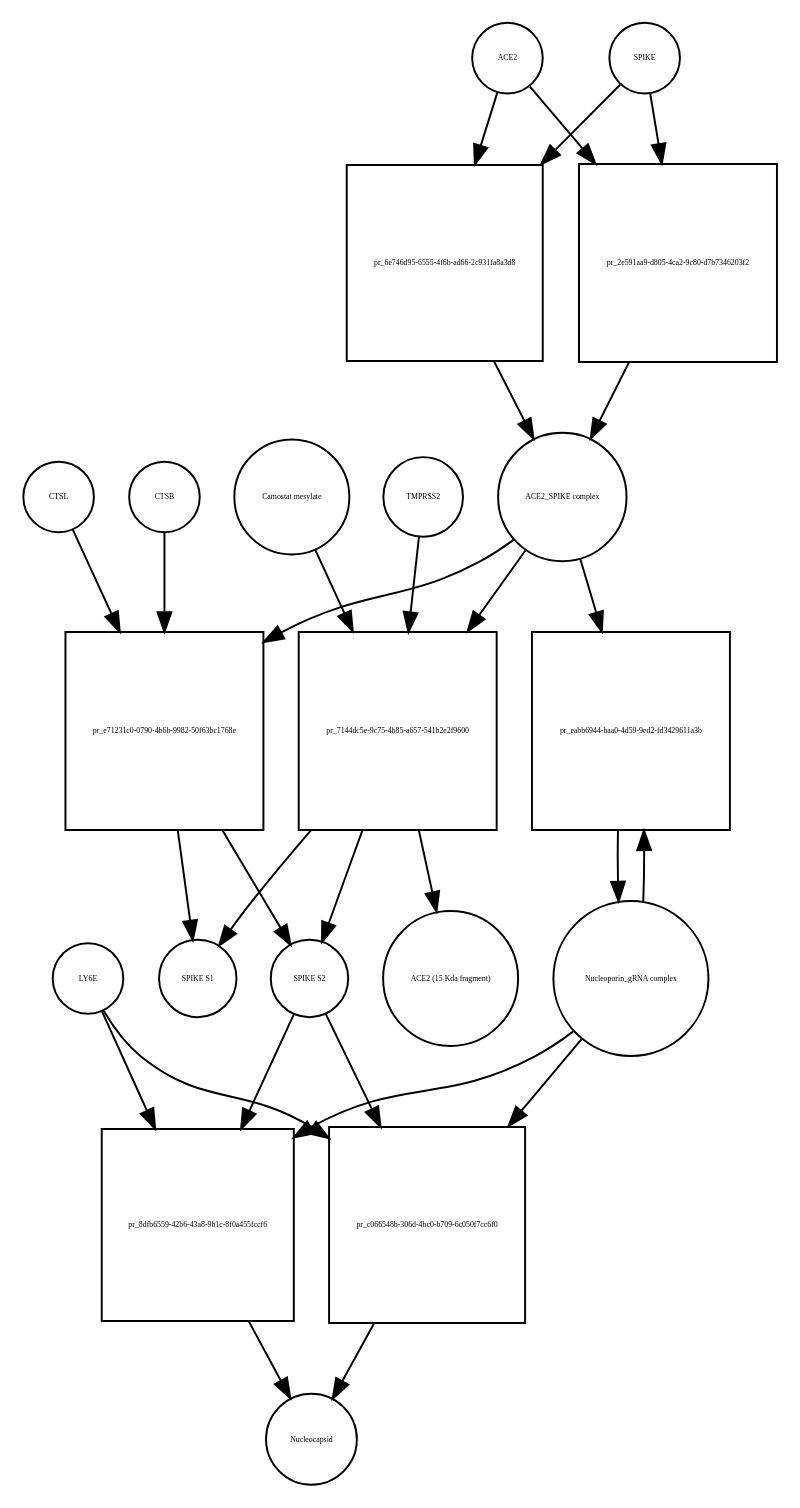
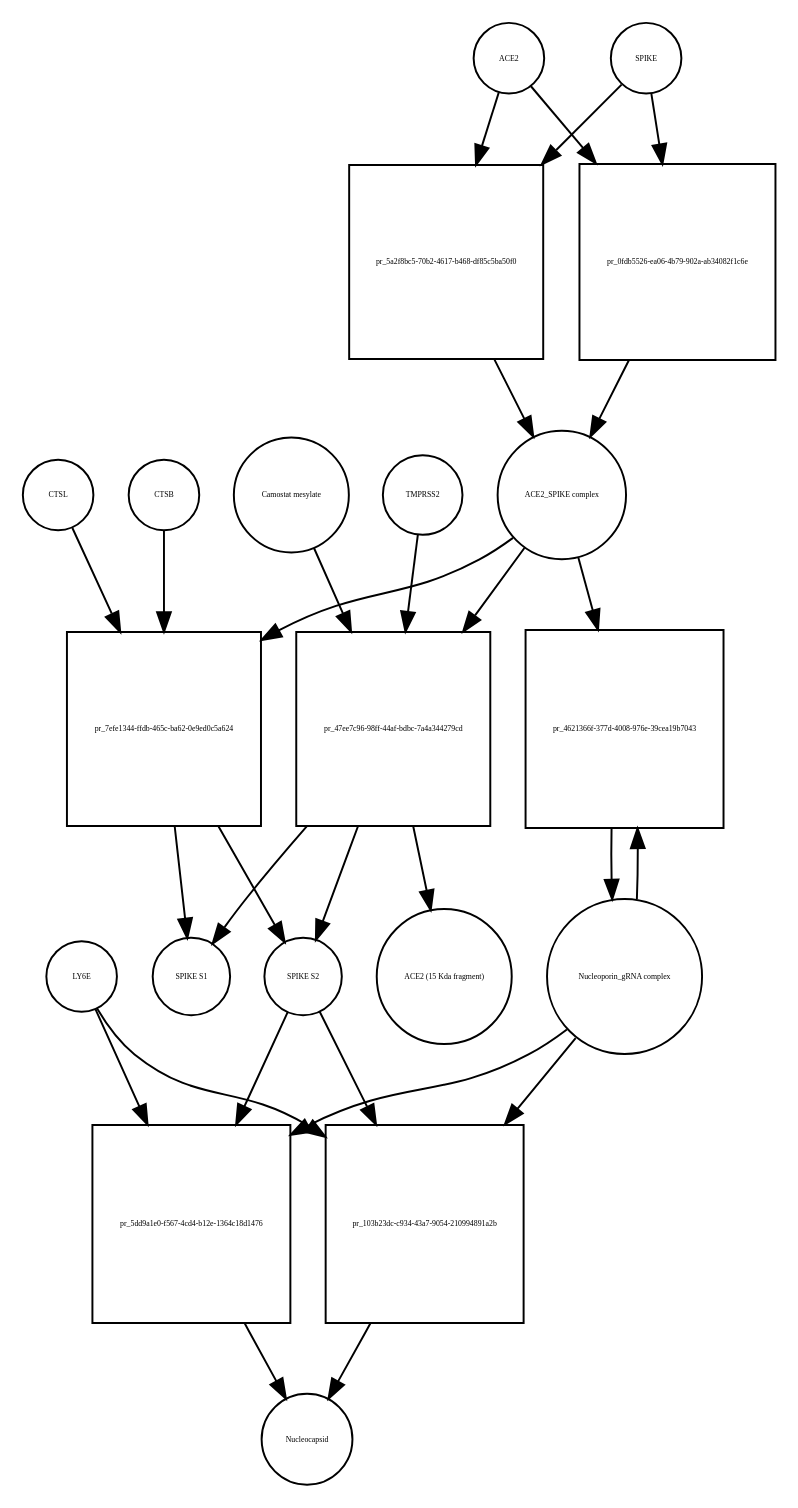
Before and after one commit to cannin/covid19-sbgn: the diagram in Virus_replication_cycle_V01.xml_bipartite.dot, drawn with Graphviz. The commit also changed 621 other files, not shown here.

```diff
--- a/Virus_replication_cycle_V01.xml_bipartite.dot
+++ b/Virus_replication_cycle_V01.xml_bipartite.dot
@@ -1,50 +1,50 @@
 strict digraph  {
 ACE2 [annotation="", bipartite=0, cls=macromolecule, fontsize=4, label=ACE2, shape=circle];
-"pr_6e746d95-6555-4f6b-ad66-2c931fa8a3d8" [annotation="", bipartite=1, cls=process, fontsize=4, label="pr_6e746d95-6555-4f6b-ad66-2c931fa8a3d8", shape=square];
+"pr_5a2f8bc5-70b2-4617-b468-df85c5ba50f0" [annotation="", bipartite=1, cls=process, fontsize=4, label="pr_5a2f8bc5-70b2-4617-b468-df85c5ba50f0", shape=square];
 "ACE2_SPIKE complex" [annotation="", bipartite=0, cls=complex, fontsize=4, label="ACE2_SPIKE complex", shape=circle];
 SPIKE [annotation="", bipartite=0, cls="macromolecule multimer", fontsize=4, label=SPIKE, shape=circle];
 "Nucleoporin_gRNA complex " [annotation="", bipartite=0, cls=complex, fontsize=4, label="Nucleoporin_gRNA complex ", shape=circle];
-"pr_eabb6944-baa0-4d59-9ed2-fd3429611a3b" [annotation="", bipartite=1, cls=process, fontsize=4, label="pr_eabb6944-baa0-4d59-9ed2-fd3429611a3b", shape=square];
-"pr_e71231c0-0790-4b6b-9982-50f63bc1768e" [annotation="", bipartite=1, cls=process, fontsize=4, label="pr_e71231c0-0790-4b6b-9982-50f63bc1768e", shape=square];
+"pr_4621366f-377d-4008-976e-39cea19b7043" [annotation="", bipartite=1, cls=process, fontsize=4, label="pr_4621366f-377d-4008-976e-39cea19b7043", shape=square];
+"pr_7efe1344-ffdb-465c-ba62-0e9ed0c5a624" [annotation="", bipartite=1, cls=process, fontsize=4, label="pr_7efe1344-ffdb-465c-ba62-0e9ed0c5a624", shape=square];
 "SPIKE S2" [annotation="", bipartite=0, cls=macromolecule, fontsize=4, label="SPIKE S2", shape=circle];
 CTSB [annotation="", bipartite=0, cls=macromolecule, fontsize=4, label=CTSB, shape=circle];
 CTSL [annotation="", bipartite=0, cls=macromolecule, fontsize=4, label=CTSL, shape=circle];
 "SPIKE S1" [annotation="", bipartite=0, cls=macromolecule, fontsize=4, label="SPIKE S1", shape=circle];
-"pr_8dfb6559-42b6-43a8-9b1c-8f0a455fccf6" [annotation="", bipartite=1, cls=process, fontsize=4, label="pr_8dfb6559-42b6-43a8-9b1c-8f0a455fccf6", shape=square];
+"pr_5dd9a1e0-f567-4cd4-b12e-1364c18d1476" [annotation="", bipartite=1, cls=process, fontsize=4, label="pr_5dd9a1e0-f567-4cd4-b12e-1364c18d1476", shape=square];
 Nucleocapsid [annotation="", bipartite=0, cls=complex, fontsize=4, label=Nucleocapsid, shape=circle];
 LY6E [annotation="", bipartite=0, cls=macromolecule, fontsize=4, label=LY6E, shape=circle];
-"pr_7144dc5e-9c75-4b85-a657-541b2e2f9600" [annotation="", bipartite=1, cls=process, fontsize=4, label="pr_7144dc5e-9c75-4b85-a657-541b2e2f9600", shape=square];
+"pr_47ee7c96-98ff-44af-bdbc-7a4a344279cd" [annotation="", bipartite=1, cls=process, fontsize=4, label="pr_47ee7c96-98ff-44af-bdbc-7a4a344279cd", shape=square];
 TMPRSS2 [annotation="", bipartite=0, cls=macromolecule, fontsize=4, label=TMPRSS2, shape=circle];
 "Camostat mesylate" [annotation="urn_miriam_pubchem.compound_2536", bipartite=0, cls="simple chemical", fontsize=4, label="Camostat mesylate", shape=circle];
 "ACE2 (15 Kda fragment)" [annotation="", bipartite=0, cls=macromolecule, fontsize=4, label="ACE2 (15 Kda fragment)", shape=circle];
-"pr_2e591aa9-d805-4ca2-9c80-d7b7346203f2" [annotation="", bipartite=1, cls=process, fontsize=4, label="pr_2e591aa9-d805-4ca2-9c80-d7b7346203f2", shape=square];
-"pr_c066548b-306d-4bc0-b709-6c050f7cc6f0" [annotation="", bipartite=1, cls=process, fontsize=4, label="pr_c066548b-306d-4bc0-b709-6c050f7cc6f0", shape=square];
-ACE2 -> "pr_6e746d95-6555-4f6b-ad66-2c931fa8a3d8"  [annotation="", interaction_type=consumption];
-ACE2 -> "pr_2e591aa9-d805-4ca2-9c80-d7b7346203f2"  [annotation="", interaction_type=consumption];
-"pr_6e746d95-6555-4f6b-ad66-2c931fa8a3d8" -> "ACE2_SPIKE complex"  [annotation="", interaction_type=production];
-"ACE2_SPIKE complex" -> "pr_eabb6944-baa0-4d59-9ed2-fd3429611a3b"  [annotation="urn_miriam_pubmed_32142651|urn_miriam_pubmed_32094589", interaction_type=stimulation];
-"ACE2_SPIKE complex" -> "pr_e71231c0-0790-4b6b-9982-50f63bc1768e"  [annotation="", interaction_type=consumption];
-"ACE2_SPIKE complex" -> "pr_7144dc5e-9c75-4b85-a657-541b2e2f9600"  [annotation="", interaction_type=consumption];
-SPIKE -> "pr_6e746d95-6555-4f6b-ad66-2c931fa8a3d8"  [annotation="", interaction_type=consumption];
-SPIKE -> "pr_2e591aa9-d805-4ca2-9c80-d7b7346203f2"  [annotation="", interaction_type=consumption];
-"Nucleoporin_gRNA complex " -> "pr_eabb6944-baa0-4d59-9ed2-fd3429611a3b"  [annotation="", interaction_type=consumption];
-"Nucleoporin_gRNA complex " -> "pr_8dfb6559-42b6-43a8-9b1c-8f0a455fccf6"  [annotation="", interaction_type=consumption];
-"Nucleoporin_gRNA complex " -> "pr_c066548b-306d-4bc0-b709-6c050f7cc6f0"  [annotation="", interaction_type=consumption];
-"pr_eabb6944-baa0-4d59-9ed2-fd3429611a3b" -> "Nucleoporin_gRNA complex "  [annotation="", interaction_type=production];
-"pr_e71231c0-0790-4b6b-9982-50f63bc1768e" -> "SPIKE S2"  [annotation="", interaction_type=production];
-"pr_e71231c0-0790-4b6b-9982-50f63bc1768e" -> "SPIKE S1"  [annotation="", interaction_type=production];
-"SPIKE S2" -> "pr_8dfb6559-42b6-43a8-9b1c-8f0a455fccf6"  [annotation="urn_miriam_doi_10.1101%2F2020.03.05.979260|urn_miriam_pubmed_32142651|urn_miriam_pubmed_32094589", interaction_type=stimulation];
-"SPIKE S2" -> "pr_c066548b-306d-4bc0-b709-6c050f7cc6f0"  [annotation="urn_miriam_doi_10.1101%2F2020.03.05.979260", interaction_type=stimulation];
-CTSB -> "pr_e71231c0-0790-4b6b-9982-50f63bc1768e"  [annotation=urn_miriam_pubmed_32142651, interaction_type=catalysis];
-CTSL -> "pr_e71231c0-0790-4b6b-9982-50f63bc1768e"  [annotation=urn_miriam_pubmed_32142651, interaction_type=catalysis];
-"pr_8dfb6559-42b6-43a8-9b1c-8f0a455fccf6" -> Nucleocapsid  [annotation="", interaction_type=production];
-LY6E -> "pr_8dfb6559-42b6-43a8-9b1c-8f0a455fccf6"  [annotation="urn_miriam_doi_10.1101%2F2020.03.05.979260|urn_miriam_pubmed_32142651|urn_miriam_pubmed_32094589", interaction_type=inhibition];
-LY6E -> "pr_c066548b-306d-4bc0-b709-6c050f7cc6f0"  [annotation="urn_miriam_doi_10.1101%2F2020.03.05.979260", interaction_type=inhibition];
-"pr_7144dc5e-9c75-4b85-a657-541b2e2f9600" -> "SPIKE S2"  [annotation="", interaction_type=production];
-"pr_7144dc5e-9c75-4b85-a657-541b2e2f9600" -> "SPIKE S1"  [annotation="", interaction_type=production];
-"pr_7144dc5e-9c75-4b85-a657-541b2e2f9600" -> "ACE2 (15 Kda fragment)"  [annotation="", interaction_type=production];
-TMPRSS2 -> "pr_7144dc5e-9c75-4b85-a657-541b2e2f9600"  [annotation="urn_miriam_pubmed_32142651|urn_miriam_pubmed_32094589|urn_miriam_pubmed_24227843", interaction_type=catalysis];
-"Camostat mesylate" -> "pr_7144dc5e-9c75-4b85-a657-541b2e2f9600"  [annotation="urn_miriam_pubmed_32142651|urn_miriam_pubmed_32094589|urn_miriam_pubmed_24227843", interaction_type=inhibition];
-"pr_2e591aa9-d805-4ca2-9c80-d7b7346203f2" -> "ACE2_SPIKE complex"  [annotation="", interaction_type=production];
-"pr_c066548b-306d-4bc0-b709-6c050f7cc6f0" -> Nucleocapsid  [annotation="", interaction_type=production];
+"pr_0fdb5526-ea06-4b79-902a-ab34082f1c6e" [annotation="", bipartite=1, cls=process, fontsize=4, label="pr_0fdb5526-ea06-4b79-902a-ab34082f1c6e", shape=square];
+"pr_103b23dc-c934-43a7-9054-210994891a2b" [annotation="", bipartite=1, cls=process, fontsize=4, label="pr_103b23dc-c934-43a7-9054-210994891a2b", shape=square];
+ACE2 -> "pr_5a2f8bc5-70b2-4617-b468-df85c5ba50f0"  [annotation="", interaction_type=consumption];
+ACE2 -> "pr_0fdb5526-ea06-4b79-902a-ab34082f1c6e"  [annotation="", interaction_type=consumption];
+"pr_5a2f8bc5-70b2-4617-b468-df85c5ba50f0" -> "ACE2_SPIKE complex"  [annotation="", interaction_type=production];
+"ACE2_SPIKE complex" -> "pr_4621366f-377d-4008-976e-39cea19b7043"  [annotation="urn_miriam_pubmed_32142651|urn_miriam_pubmed_32094589", interaction_type=stimulation];
+"ACE2_SPIKE complex" -> "pr_7efe1344-ffdb-465c-ba62-0e9ed0c5a624"  [annotation="", interaction_type=consumption];
+"ACE2_SPIKE complex" -> "pr_47ee7c96-98ff-44af-bdbc-7a4a344279cd"  [annotation="", interaction_type=consumption];
+SPIKE -> "pr_5a2f8bc5-70b2-4617-b468-df85c5ba50f0"  [annotation="", interaction_type=consumption];
+SPIKE -> "pr_0fdb5526-ea06-4b79-902a-ab34082f1c6e"  [annotation="", interaction_type=consumption];
+"Nucleoporin_gRNA complex " -> "pr_4621366f-377d-4008-976e-39cea19b7043"  [annotation="", interaction_type=consumption];
+"Nucleoporin_gRNA complex " -> "pr_5dd9a1e0-f567-4cd4-b12e-1364c18d1476"  [annotation="", interaction_type=consumption];
+"Nucleoporin_gRNA complex " -> "pr_103b23dc-c934-43a7-9054-210994891a2b"  [annotation="", interaction_type=consumption];
+"pr_4621366f-377d-4008-976e-39cea19b7043" -> "Nucleoporin_gRNA complex "  [annotation="", interaction_type=production];
+"pr_7efe1344-ffdb-465c-ba62-0e9ed0c5a624" -> "SPIKE S2"  [annotation="", interaction_type=production];
+"pr_7efe1344-ffdb-465c-ba62-0e9ed0c5a624" -> "SPIKE S1"  [annotation="", interaction_type=production];
+"SPIKE S2" -> "pr_5dd9a1e0-f567-4cd4-b12e-1364c18d1476"  [annotation="urn_miriam_doi_10.1101%2F2020.03.05.979260|urn_miriam_pubmed_32142651|urn_miriam_pubmed_32094589", interaction_type=stimulation];
+"SPIKE S2" -> "pr_103b23dc-c934-43a7-9054-210994891a2b"  [annotation="urn_miriam_doi_10.1101%2F2020.03.05.979260", interaction_type=stimulation];
+CTSB -> "pr_7efe1344-ffdb-465c-ba62-0e9ed0c5a624"  [annotation=urn_miriam_pubmed_32142651, interaction_type=catalysis];
+CTSL -> "pr_7efe1344-ffdb-465c-ba62-0e9ed0c5a624"  [annotation=urn_miriam_pubmed_32142651, interaction_type=catalysis];
+"pr_5dd9a1e0-f567-4cd4-b12e-1364c18d1476" -> Nucleocapsid  [annotation="", interaction_type=production];
+LY6E -> "pr_5dd9a1e0-f567-4cd4-b12e-1364c18d1476"  [annotation="urn_miriam_doi_10.1101%2F2020.03.05.979260|urn_miriam_pubmed_32142651|urn_miriam_pubmed_32094589", interaction_type=inhibition];
+LY6E -> "pr_103b23dc-c934-43a7-9054-210994891a2b"  [annotation="urn_miriam_doi_10.1101%2F2020.03.05.979260", interaction_type=inhibition];
+"pr_47ee7c96-98ff-44af-bdbc-7a4a344279cd" -> "SPIKE S2"  [annotation="", interaction_type=production];
+"pr_47ee7c96-98ff-44af-bdbc-7a4a344279cd" -> "SPIKE S1"  [annotation="", interaction_type=production];
+"pr_47ee7c96-98ff-44af-bdbc-7a4a344279cd" -> "ACE2 (15 Kda fragment)"  [annotation="", interaction_type=production];
+TMPRSS2 -> "pr_47ee7c96-98ff-44af-bdbc-7a4a344279cd"  [annotation="urn_miriam_pubmed_32142651|urn_miriam_pubmed_32094589|urn_miriam_pubmed_24227843", interaction_type=catalysis];
+"Camostat mesylate" -> "pr_47ee7c96-98ff-44af-bdbc-7a4a344279cd"  [annotation="urn_miriam_pubmed_32142651|urn_miriam_pubmed_32094589|urn_miriam_pubmed_24227843", interaction_type=inhibition];
+"pr_0fdb5526-ea06-4b79-902a-ab34082f1c6e" -> "ACE2_SPIKE complex"  [annotation="", interaction_type=production];
+"pr_103b23dc-c934-43a7-9054-210994891a2b" -> Nucleocapsid  [annotation="", interaction_type=production];
 }
```
